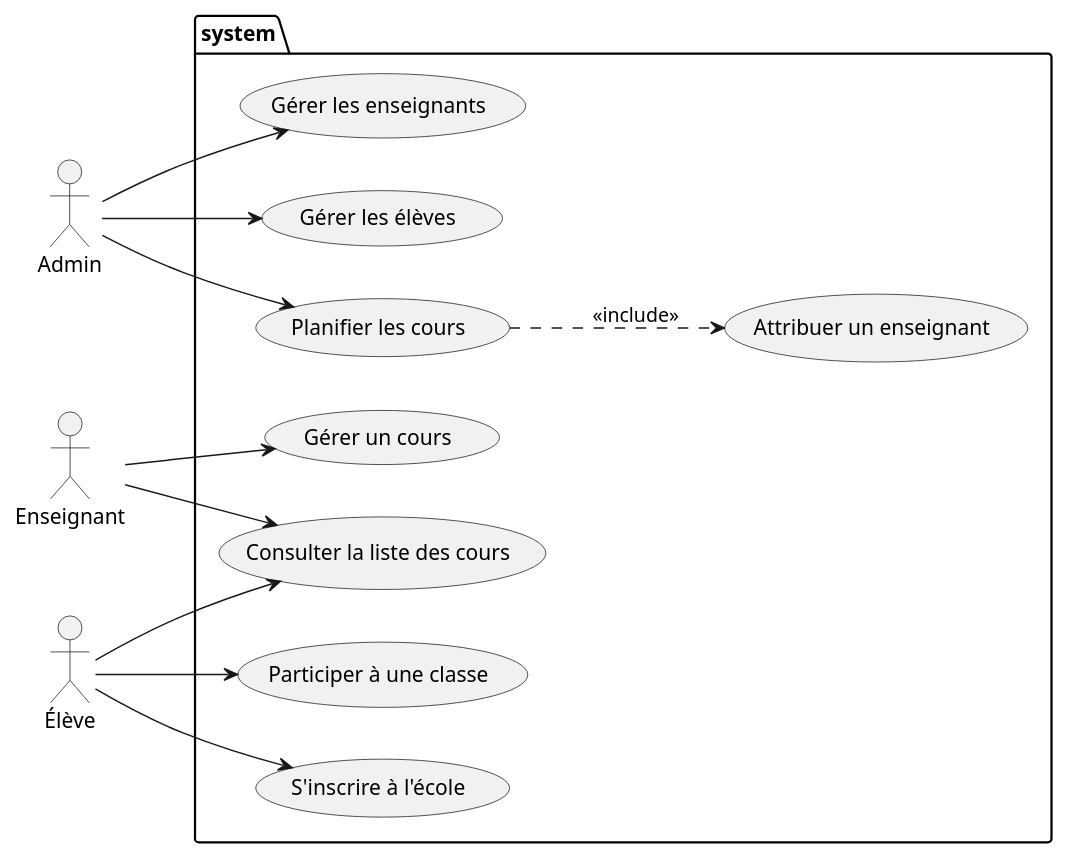
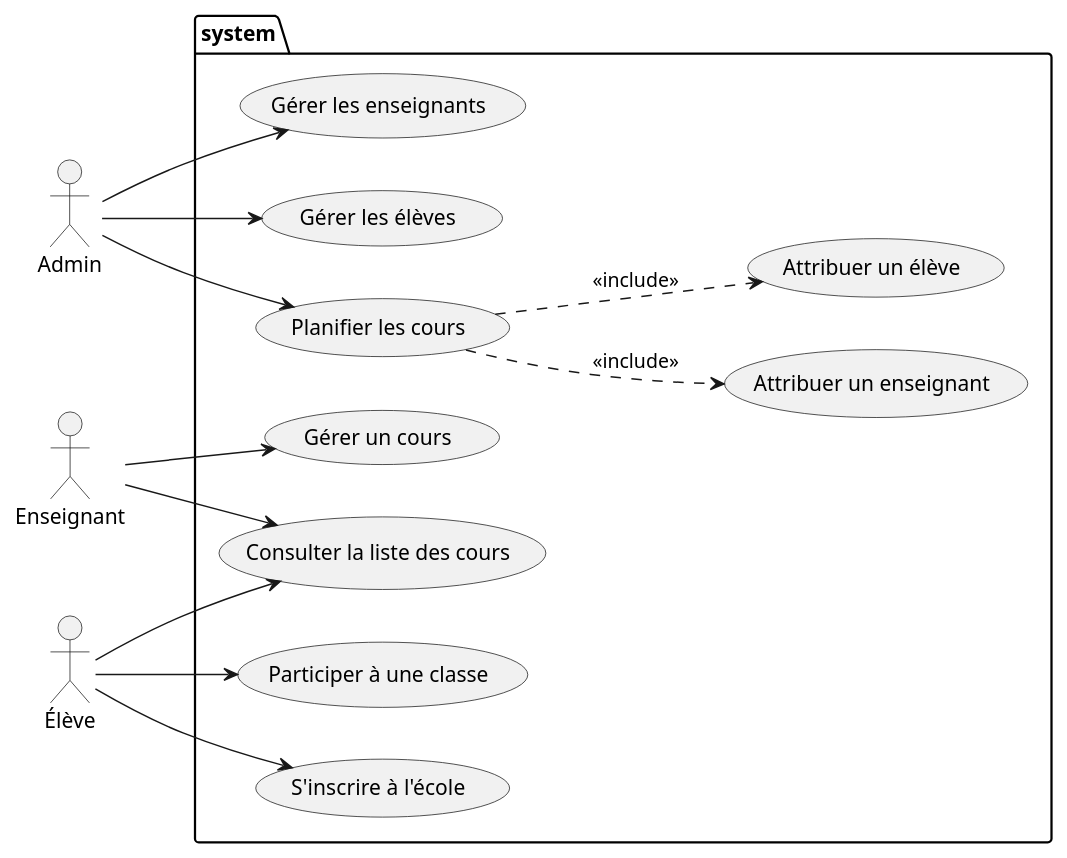
Before and after one commit to KMorere/school_uml: the diagram in Diagram_UseCase.puml, drawn with PlantUML.

Commit message:
Ajout use case Attribuer un élève

```diff
--- a/Diagram_UseCase.puml
+++ b/Diagram_UseCase.puml
@@ -1,39 +1,41 @@
 @startuml
 'TP School UML
 
 :Admin: as Admin
 :Enseignant: as Teacher
 :Élève: as SchoolStudent
 
 package system{
 left to right direction
 
 '********* Admin *********
 (Gérer les enseignants) as (ManageTeacher)
 (Gérer les élèves) as (ManageSchoolStudent)
 (Planifier les cours) as (PlanningLessons)
 (Attribuer un enseignant) as (AssignTeacher)
+(Attribuer un élève) as (AssignSchoolStudent)
 
 Admin --> ManageTeacher
 Admin --> ManageSchoolStudent
 Admin --> PlanningLessons
 (PlanningLessons) ..> (AssignTeacher) : <<include>>
+(PlanningLessons) ..> (AssignSchoolStudent) : <<include>>
 
 '********* Teacher *********
 (Gérer un cours) as (ManageCourse)
 (Consulter la liste des cours) as (ViewCourses)
 
 
 Teacher --> (ManageCourse)
 Teacher --> (ViewCourses)
 
 '********* SchoolStudent *********
 (Participer à une classe) as (ParticipateClass)
 (S'inscrire à l'école) as (RegisterAtSchool)
 
 SchoolStudent --> (ViewCourses)
 SchoolStudent --> (ParticipateClass)
 SchoolStudent --> (RegisterAtSchool)
 }
 
 @enduml
```
